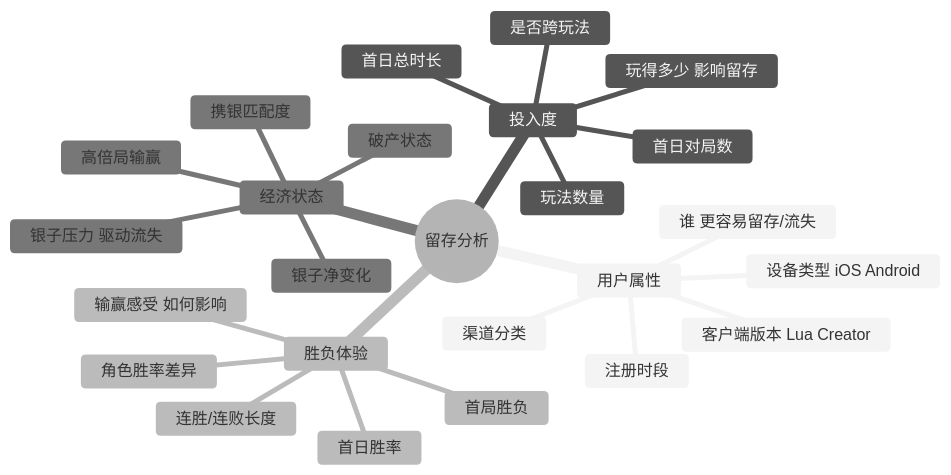
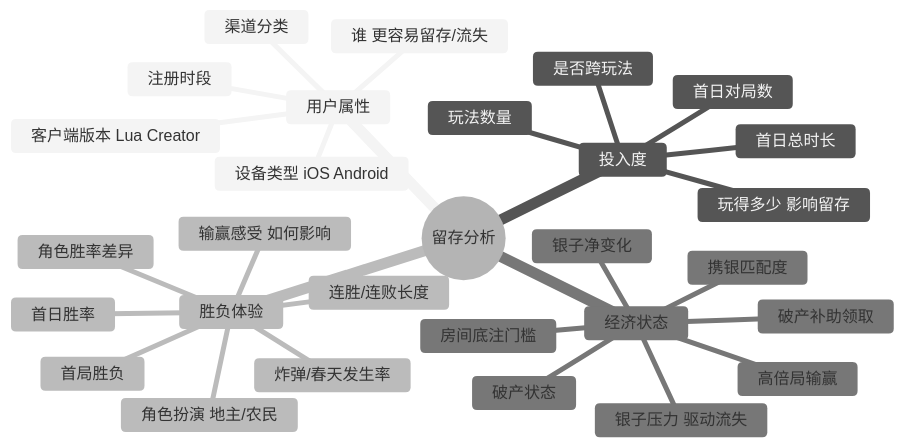
The second of 7 diagrams in docs/retention/retention-analysis-framework.md (Samuel86-star/landlord-analysis), drawn with Mermaid (neutral theme) before and after one commit. The commit also changed other lines of this file and 42 other files, not shown here.

````diff
--- a/docs/retention/retention-analysis-framework.md
+++ b/docs/retention/retention-analysis-framework.md
@@ -43,28 +43,32 @@
 ```mermaid
 mindmap
   root((留存分析))
     用户属性
       谁 更容易留存/流失
       渠道分类
       设备类型 iOS Android
       客户端版本 Lua Creator
       注册时段
     投入度
       玩得多少 影响留存
       首日对局数
       首日总时长
       玩法数量
       是否跨玩法
     胜负体验
       输赢感受 如何影响
       首日胜率
       连胜/连败长度
       首局胜负
       角色胜率差异
+      角色扮演 地主/农民
+      炸弹/春天发生率
     经济状态
       银子压力 驱动流失
       银子净变化
       破产状态
       高倍局输赢
       携银匹配度
+      房间底注门槛
+      破产补助领取
 ```
````
